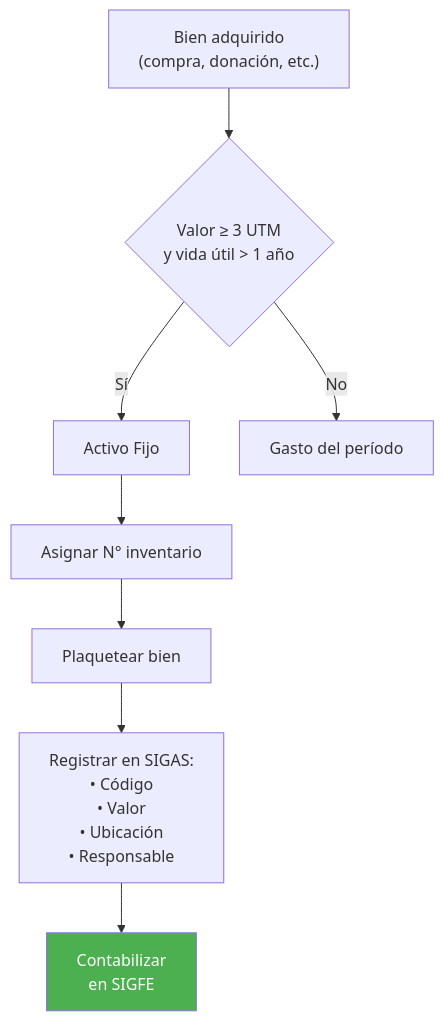
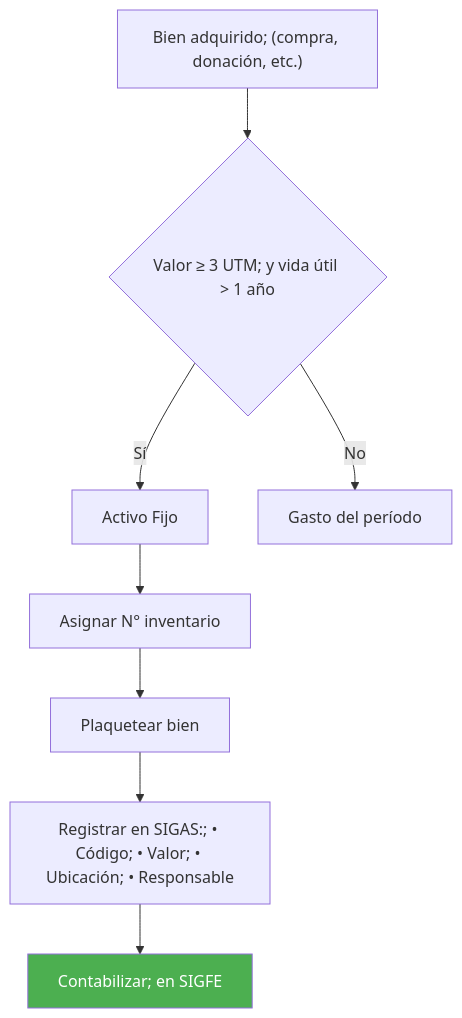
The seventh of 12 diagrams in drafts/gn/bpmn/bpmn-d05-inventarios-activo-fijo.md (felix-antonio-sl/kora), drawn with Mermaid before and after one commit. The commit also changed other lines of this file and 265 other files, not shown here.

````diff
--- a/drafts/gn/bpmn/bpmn-d05-inventarios-activo-fijo.md
+++ b/drafts/gn/bpmn/bpmn-d05-inventarios-activo-fijo.md
@@ -178,11 +198,12 @@
 ```mermaid
 flowchart TD
-    A["Bien adquirido<br/>(compra, donación, etc.)"] --> B{"Valor ≥ 3 UTM<br/>y vida útil > 1 año"}
-    B -->|"Sí"| C["Activo Fijo"]
-    B -->|"No"| D["Gasto del período"]
-    C --> E["Asignar N° inventario"]
-    E --> F["Plaquetear bien"]
-    F --> G["Registrar en SIGAS:<br/>• Código<br/>• Valor<br/>• Ubicación<br/>• Responsable"]
-    G --> H["Contabilizar<br/>en SIGFE"]
-    style H fill:#4CAF50,color:#fff
+ A["Bien adquirido; (compra, donación, etc.)"] --> B{"Valor ≥ 3 UTM; y vida útil > 1 año"}
+ B -->|"Sí"| C["Activo Fijo"]
+ B -->|"No"| D["Gasto del período"]
+ C --> E["Asignar N° inventario"]
+ E --> F["Plaquetear bien"]
+ F --> G["Registrar en SIGAS:; • Código; • Valor; • Ubicación; • Responsable"]
+ G --> H["Contabilizar; en SIGFE"]
+
+ style H fill:#4CAF50,color:#fff
 ```
````
